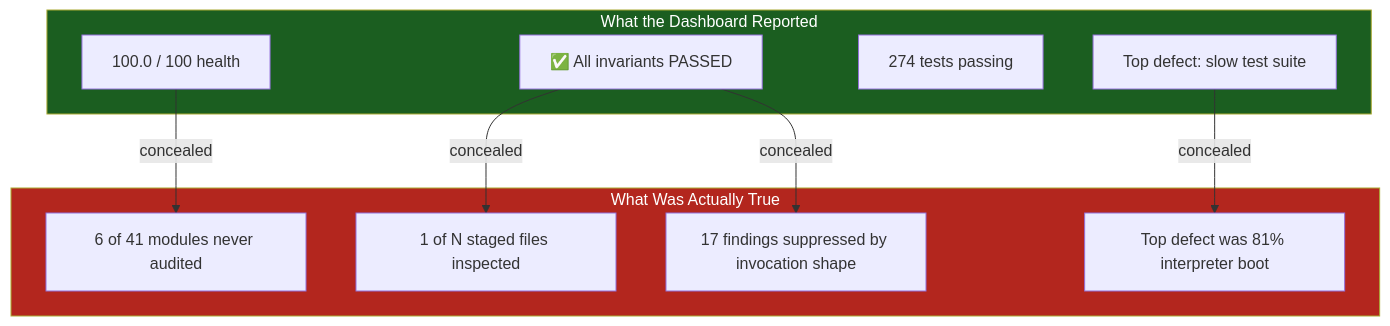
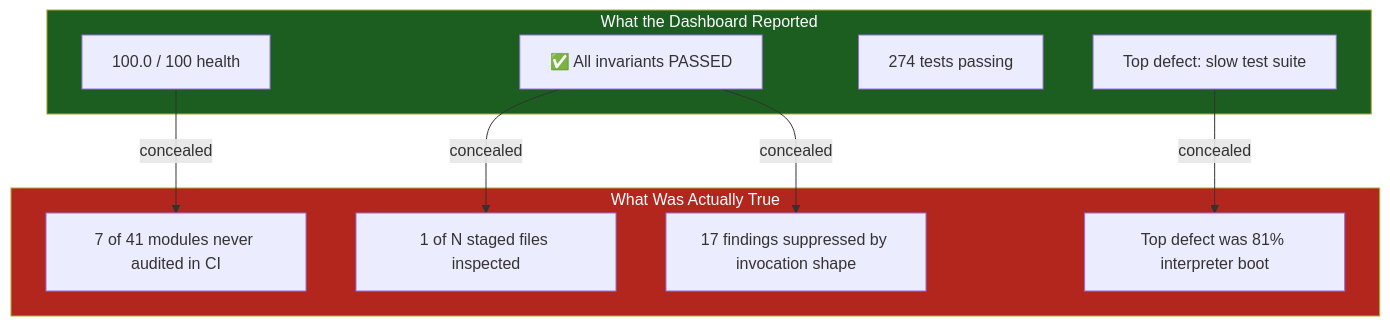
One commit to dan-petty/vibes changed the diagram in observations/systems/11-silent-certification-failure-and-gate-integrity.md. Above: the diagram before and after it, drawn with Mermaid. The commit also changed other lines of this file and 248 other files, not shown here.

````diff
--- a/observations/systems/11-silent-certification-failure-and-gate-integrity.md
+++ b/observations/systems/11-silent-certification-failure-and-gate-integrity.md
@@ -56,24 +56,24 @@
 ```mermaid
 flowchart TD
     subgraph Reported["What the Dashboard Reported"]
         R1["100.0 / 100 health"]
         R2["✅ All invariants PASSED"]
         R3["274 tests passing"]
         R4["Top defect: slow test suite"]
     end
 
     subgraph Actual["What Was Actually True"]
-        A1["6 of 41 modules never audited"]
+        A1["7 of 41 modules never audited in CI"]
         A2["1 of N staged files inspected"]
         A3["17 findings suppressed by invocation shape"]
         A4["Top defect was 81% interpreter boot"]
     end
 
     R1 -->|"concealed"| A1
     R2 -->|"concealed"| A2
     R2 -->|"concealed"| A3
     R4 -->|"concealed"| A4
 
     style Reported fill:#1b5e20,color:#fff
     style Actual fill:#b3261e,color:#fff
 ```
````
